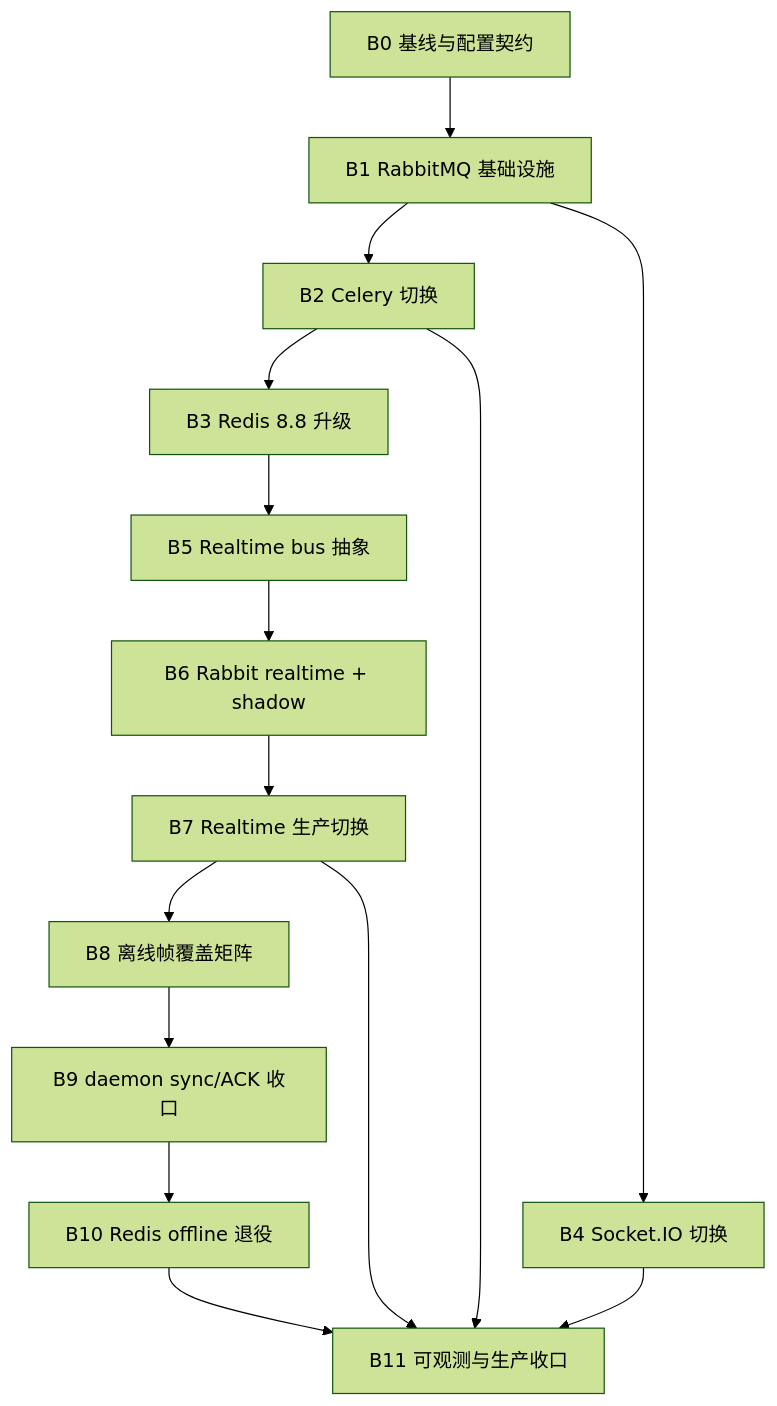
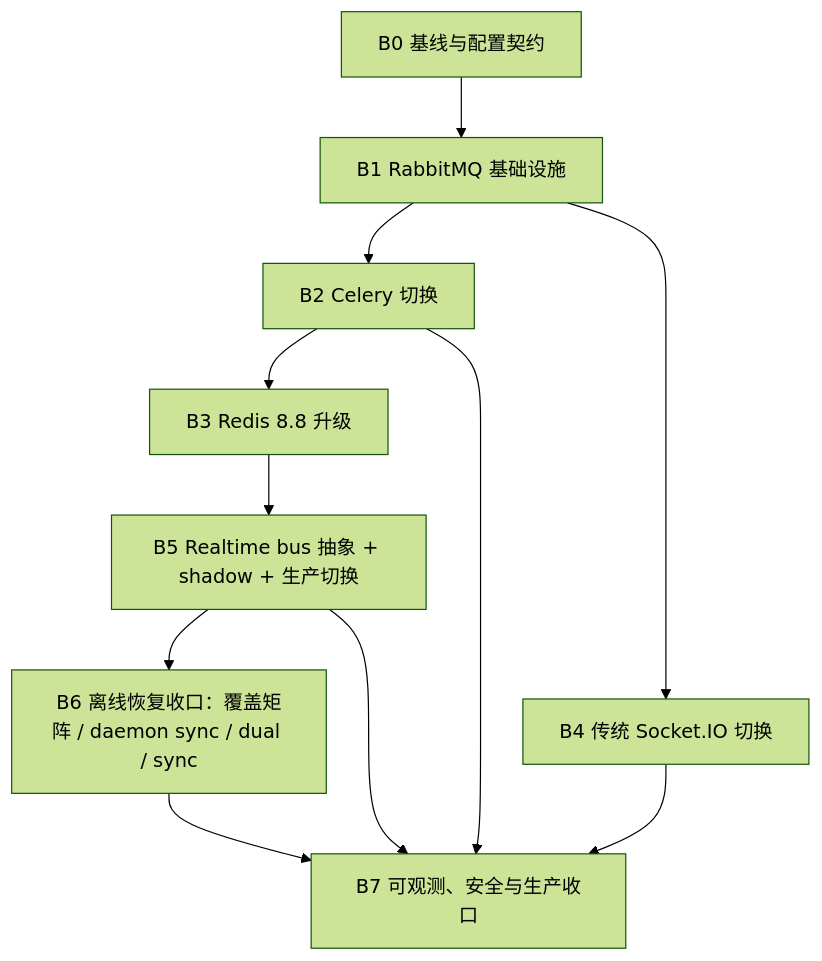
One commit to youngshunf/ai-clound-backend changed the diagram in docs/Redis8与RabbitMQ消息基础设施方案B实施文档.md. Above: the diagram before and after it, drawn with Mermaid (forest theme). The commit also changed other lines of this file and 17 other files, not shown here.

````diff
--- a/docs/Redis8与RabbitMQ消息基础设施方案B实施文档.md
+++ b/docs/Redis8与RabbitMQ消息基础设施方案B实施文档.md
@@ -133,30 +157,22 @@
 ```mermaid
 flowchart TD
     B0[B0 基线与配置契约]
     B1[B1 RabbitMQ 基础设施]
     B2[B2 Celery 切换]
     B3[B3 Redis 8.8 升级]
-    B4[B4 Socket.IO 切换]
-    B5[B5 Realtime bus 抽象]
-    B6[B6 Rabbit realtime + shadow]
-    B7[B7 Realtime 生产切换]
-    B8[B8 离线帧覆盖矩阵]
-    B9[B9 daemon sync/ACK 收口]
-    B10[B10 Redis offline 退役]
-    B11[B11 可观测与生产收口]
+    B4[B4 传统 Socket.IO 切换]
+    B5[B5 Realtime bus 抽象 + shadow + 生产切换]
+    B6[B6 离线恢复收口：覆盖矩阵 / daemon sync / dual / sync]
+    B7[B7 可观测、安全与生产收口]
 
     B0 --> B1
     B1 --> B2
     B2 --> B3
     B1 --> B4
     B3 --> B5
     B5 --> B6
+    B2 --> B7
+    B4 --> B7
+    B5 --> B7
     B6 --> B7
-    B7 --> B8
-    B8 --> B9
-    B9 --> B10
-    B2 --> B11
-    B4 --> B11
-    B7 --> B11
-    B10 --> B11
 ```
````
